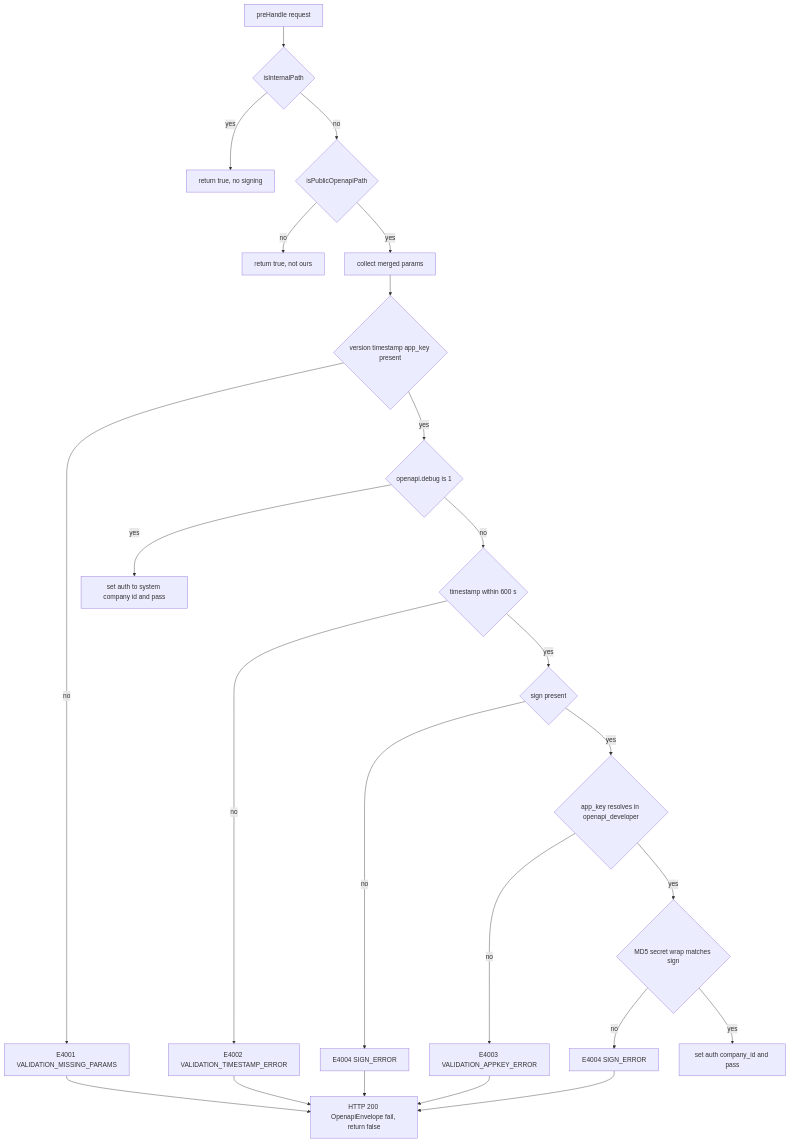
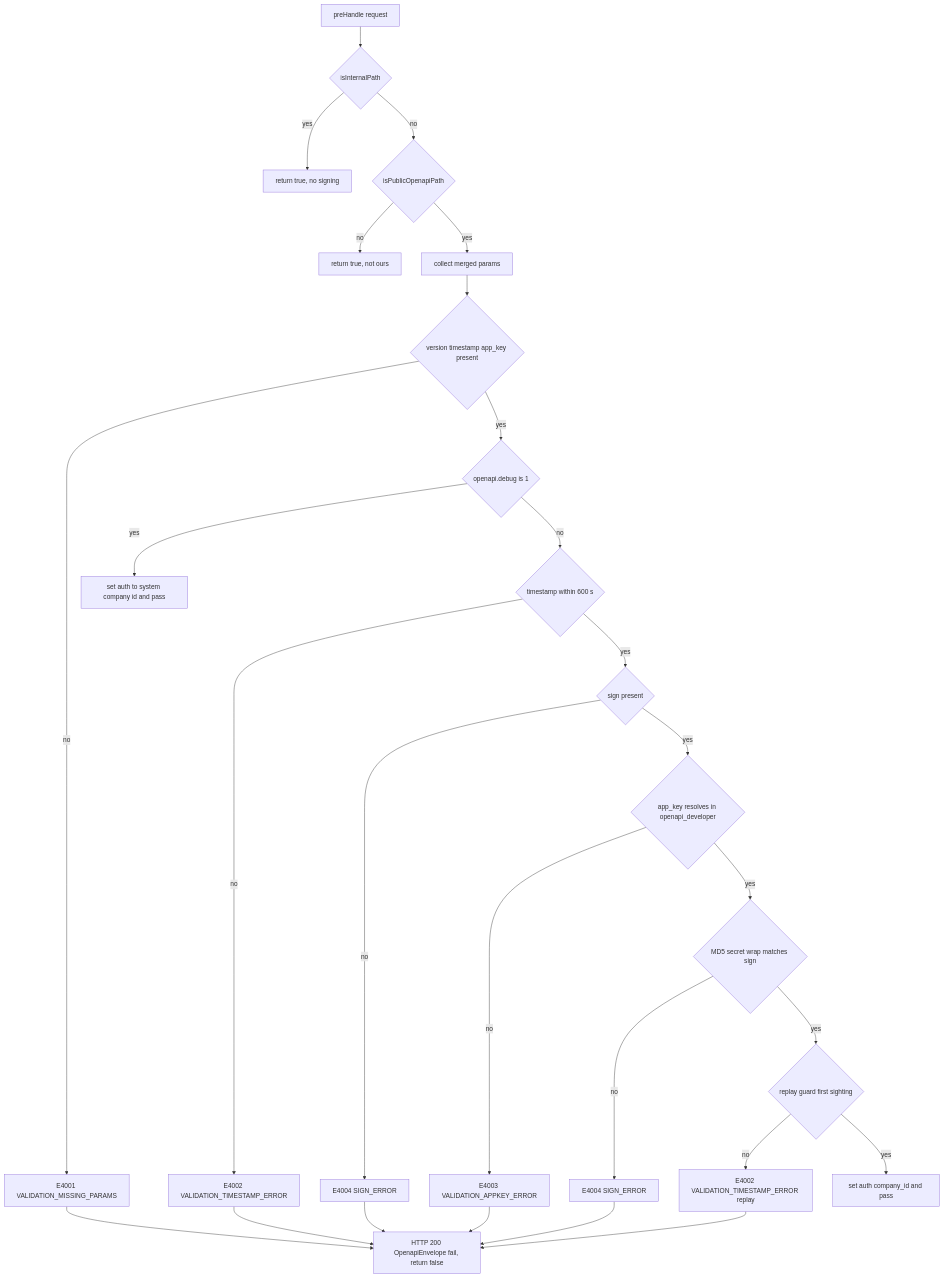
The first of 2 diagrams in openwiki/integrations/openapi.md (ShopeX/ECShopX-Java), drawn with Mermaid before and after one commit. The commit also changed other lines of this file and 186 other files, not shown here.

````diff
--- a/openwiki/integrations/openapi.md
+++ b/openwiki/integrations/openapi.md
@@ -132,26 +138,29 @@
 ```mermaid
 flowchart TD
     A["preHandle request"] --> B{"isInternalPath"}
     B -- yes --> Z1["return true, no signing"]
     B -- no --> C{"isPublicOpenapiPath"}
     C -- no --> Z2["return true, not ours"]
     C -- yes --> D["collect merged params"]
     D --> E{"version timestamp app_key present"}
     E -- no --> X1["E4001 VALIDATION_MISSING_PARAMS"]
     E -- yes --> F{"openapi.debug is 1"}
     F -- yes --> G["set auth to system company id and pass"]
     F -- no --> H{"timestamp within 600 s"}
     H -- no --> X2["E4002 VALIDATION_TIMESTAMP_ERROR"]
     H -- yes --> I{"sign present"}
     I -- no --> X3["E4004 SIGN_ERROR"]
     I -- yes --> J{"app_key resolves in openapi_developer"}
     J -- no --> X4["E4003 VALIDATION_APPKEY_ERROR"]
     J -- yes --> K{"MD5 secret wrap matches sign"}
     K -- no --> X5["E4004 SIGN_ERROR"]
-    K -- yes --> L["set auth company_id and pass"]
+    K -- yes --> R{"replay guard first sighting"}
+    R -- no --> X6["E4002 VALIDATION_TIMESTAMP_ERROR replay"]
+    R -- yes --> L["set auth company_id and pass"]
     X1 --> W["HTTP 200 OpenapiEnvelope fail, return false"]
     X2 --> W
     X3 --> W
     X4 --> W
     X5 --> W
+    X6 --> W
 ```
````
